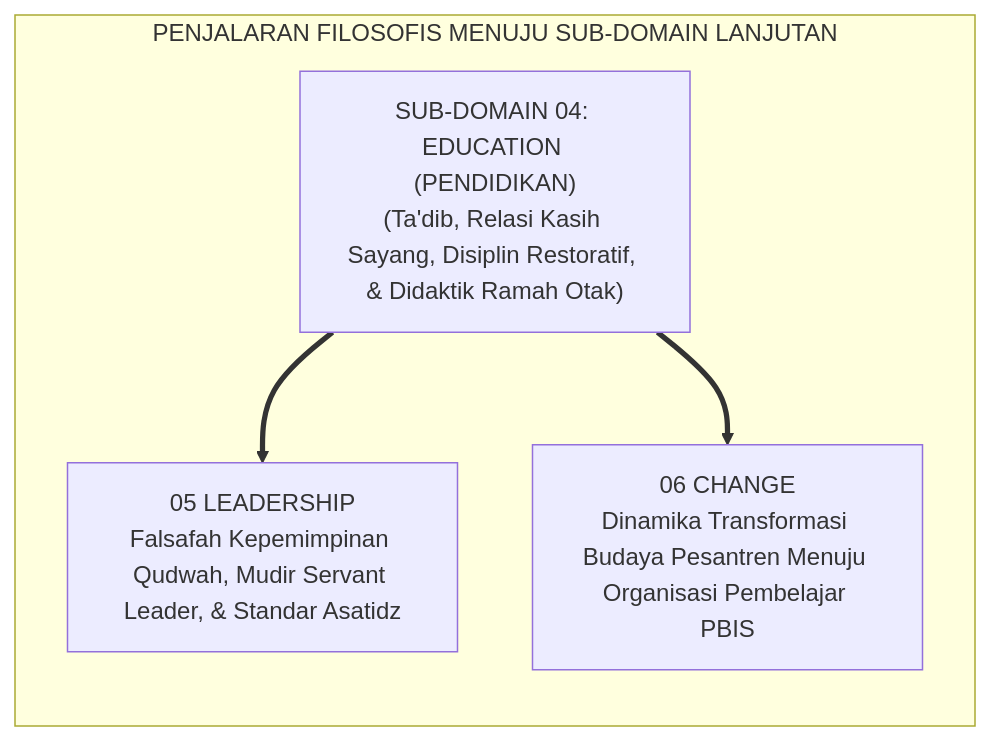
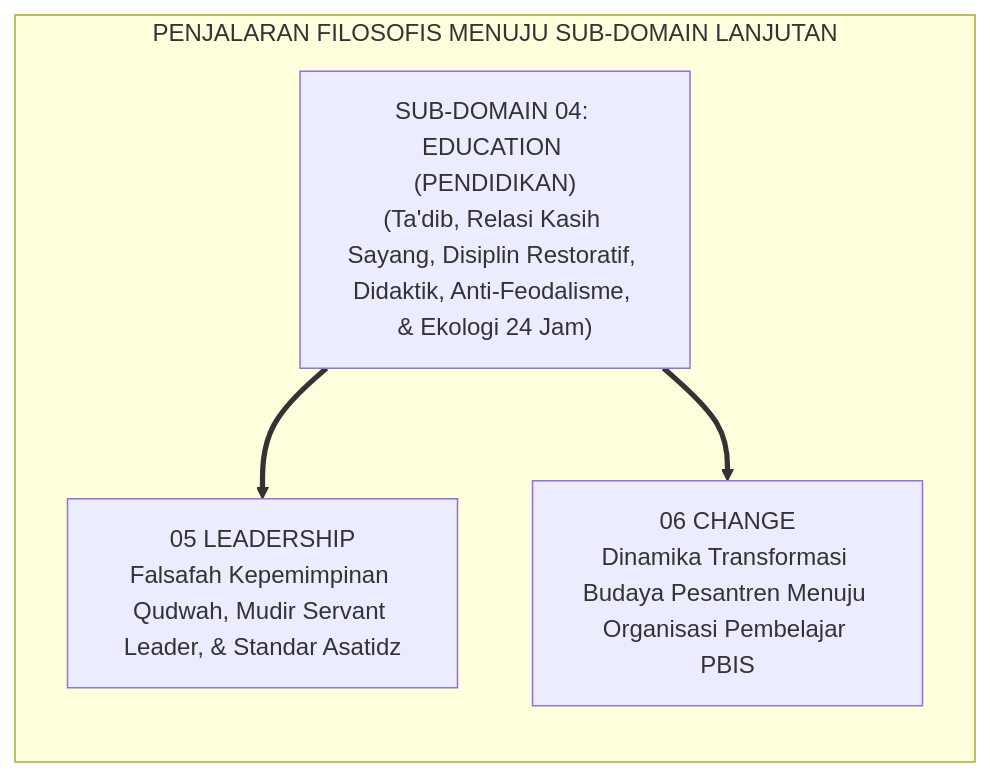
One commit to wandiapriliyandi/tumbuh changed the third of 3 diagrams in 01 Philosophy/04 Education/P1-04-Education-TUMBUH.md. Above: the diagram before and after it, drawn with Mermaid. The commit also changed other lines of this file and 18 other files, not shown here.

````diff
--- a/01 Philosophy/04 Education/P1-04-Education-TUMBUH.md
+++ b/01 Philosophy/04 Education/P1-04-Education-TUMBUH.md
@@ -125,13 +133,13 @@
 ```mermaid
 graph LR
     subgraph PenjalaranFilosofisSubDomain04["PENJALARAN FILOSOFIS MENUJU SUB-DOMAIN LANJUTAN"]
-        ED["SUB-DOMAIN 04: EDUCATION (PENDIDIKAN)<br/>(Ta'dib, Relasi Kasih Sayang, Disiplin Restoratif, & Didaktik Ramah Otak)"]
+        ED["SUB-DOMAIN 04: EDUCATION (PENDIDIKAN)<br/>(Ta'dib, Relasi Kasih Sayang, Disiplin Restoratif, Didaktik, Anti-Feodalisme, & Ekologi 24 Jam)"]
         
         LD["05 LEADERSHIP<br/>Falsafah Kepemimpinan Qudwah, Mudir Servant Leader, & Standar Asatidz"]
         
         CH["06 CHANGE<br/>Dinamika Transformasi Budaya Pesantren Menuju Organisasi Pembelajar PBIS"]
         
         ED ==> LD
         ED ==> CH
     end
 ```
````
